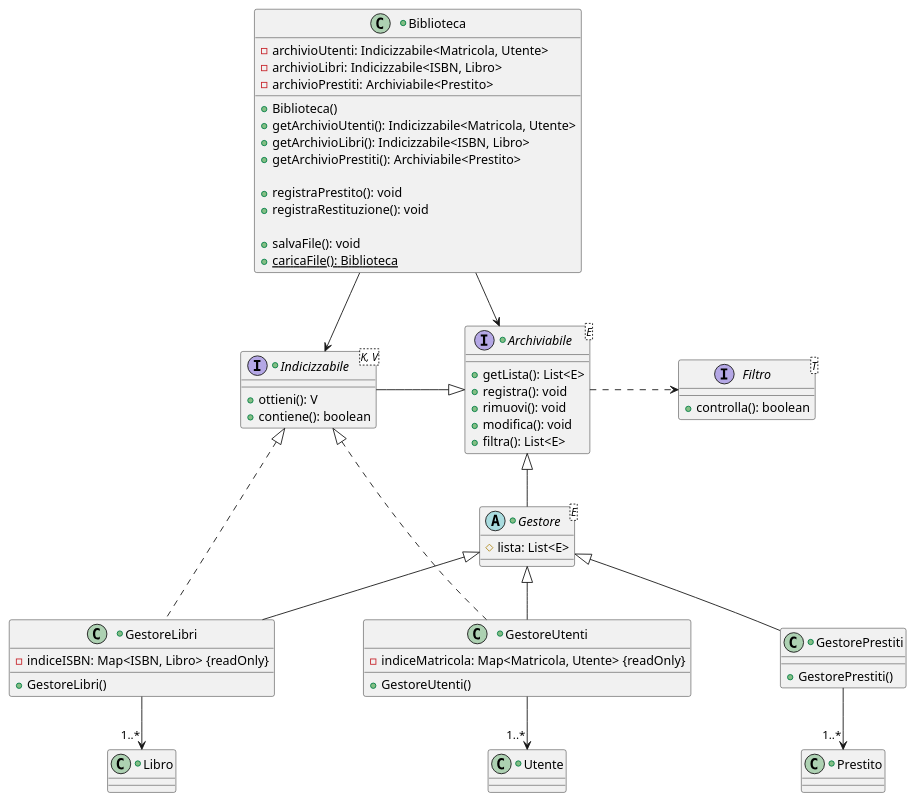
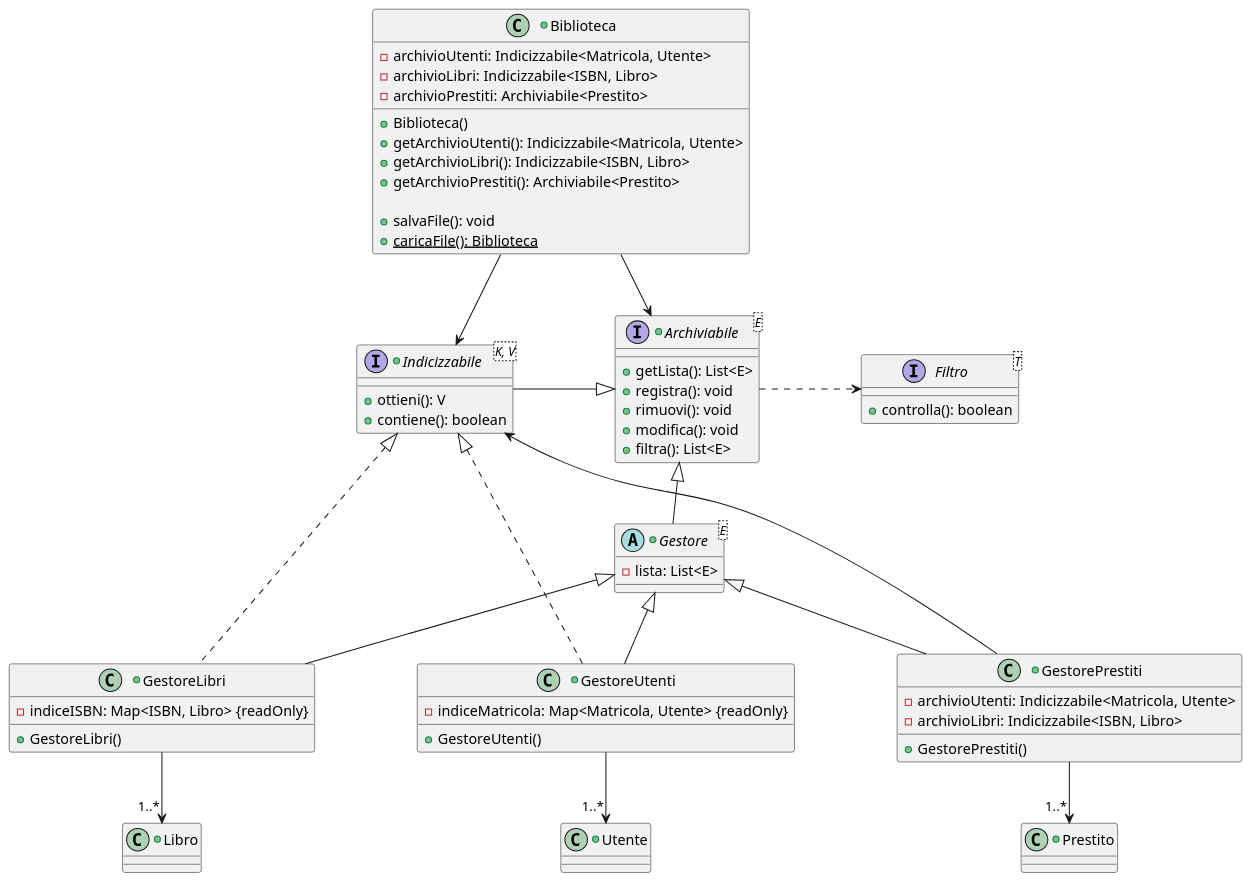
Before and after one commit to Meziu/easylibrary: the diagram in docs/uml/classesGestori.puml, drawn with PlantUML. The commit also changed 7 other files, not shown here.

```diff
--- a/docs/uml/classesGestori.puml
+++ b/docs/uml/classesGestori.puml
@@ -1,91 +1,91 @@
 @startuml
-'skinparam classAttributeIconSize 0
 skinparam nodesep 100
+scale 1400*1400
 
 interface Filtro<T> {
     +controlla(): boolean
 }
 
 together {
     +interface Archiviabile<E> {
         +getLista(): List<E>
         +registra(): void
         +rimuovi(): void
         +modifica(): void
         +filtra(): List<E>
     }
 
     +interface Indicizzabile<K, V> {
         +ottieni(): V
         +contiene(): boolean
     }
 }
 
 +class Utente {
 }
 
 +class Libro{
 }
 
 +class Prestito{
 }
 
 
 +class Biblioteca {
     -archivioUtenti: Indicizzabile<Matricola, Utente>
     -archivioLibri: Indicizzabile<ISBN, Libro>
     -archivioPrestiti: Archiviabile<Prestito>
 
     +Biblioteca()
     +getArchivioUtenti(): Indicizzabile<Matricola, Utente>
     +getArchivioLibri(): Indicizzabile<ISBN, Libro>
     +getArchivioPrestiti(): Archiviabile<Prestito>
 
-    +registraPrestito(): void
-    +registraRestituzione(): void
-
     +salvaFile(): void
     +caricaFile(): Biblioteca {static}
 }
 
 +abstract class Gestore<E> {
-    #lista: List<E>
+    -lista: List<E>
 }
 
 together {
     +class GestoreLibri extends Gestore {
-
         -indiceISBN: Map<ISBN, Libro> {readOnly}
 
         +GestoreLibri()
     }
 
 
     +class GestoreUtenti extends Gestore {
         -indiceMatricola: Map<Matricola, Utente> {readOnly}
 
         +GestoreUtenti()
     }
 
 
     +class GestorePrestiti extends Gestore {
+        -archivioUtenti: Indicizzabile<Matricola, Utente>
+        -archivioLibri: Indicizzabile<ISBN, Libro>
 
         +GestorePrestiti()
     }
 }
 
 Gestore -up-|> Archiviabile
 
 Biblioteca --> Archiviabile
 Biblioteca --> Indicizzabile
 
 Indicizzabile -right-|> Archiviabile
 Archiviabile .right.> Filtro
 
 GestoreLibri .up.|> Indicizzabile
 GestoreUtenti .up.|> Indicizzabile
 
+GestorePrestiti -left-> Indicizzabile
+
 GestoreUtenti --> "1..*" Utente
 GestoreLibri --> "1..*" Libro
 GestorePrestiti --> "1..*" Prestito
 @enduml
```
